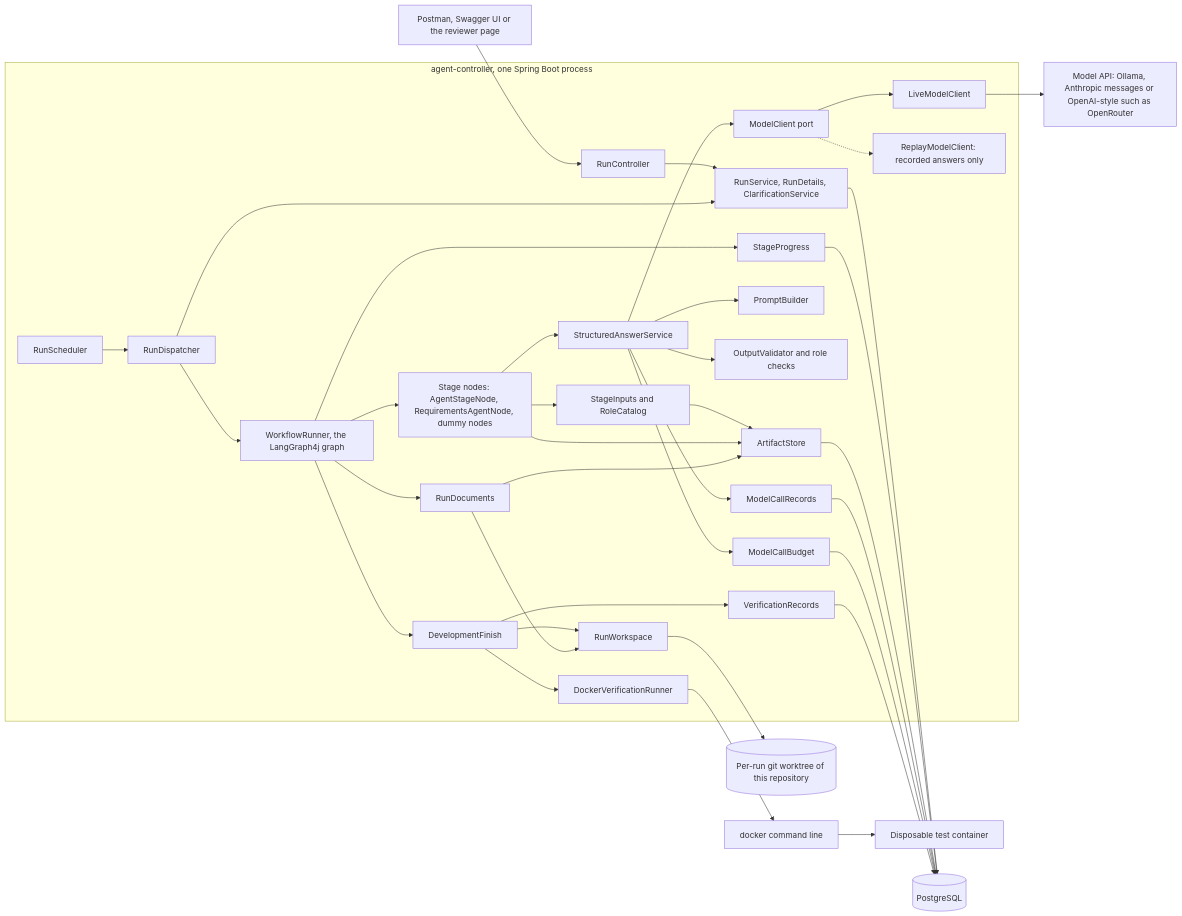
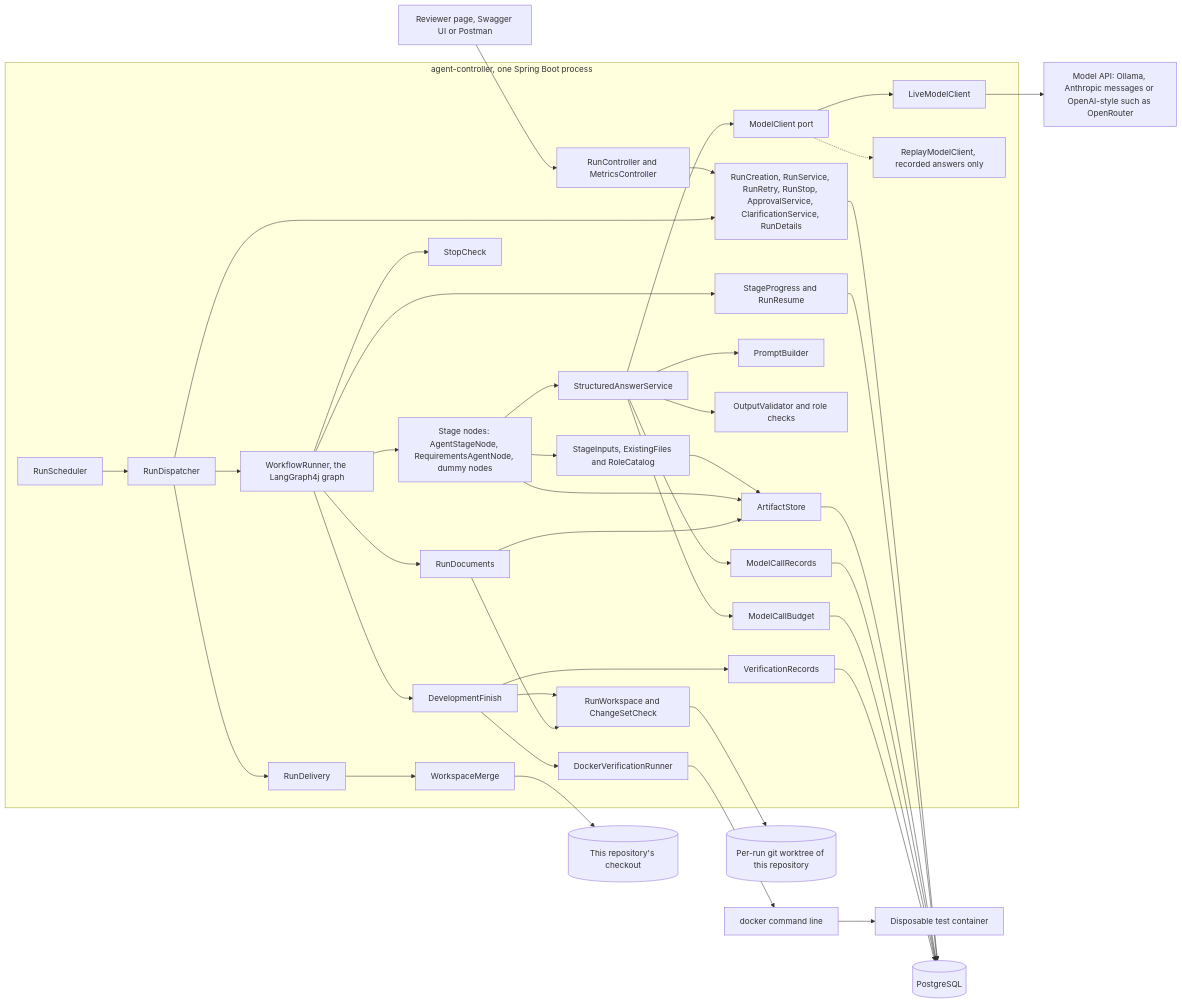
The first of 4 diagrams in docs/platform/architecture.md (bereket1144/ai-sdlc-url-shortner), drawn with Mermaid before and after one commit. The commit also changed other lines of this file and 22 other files, not shown here.

````diff
--- a/docs/platform/architecture.md
+++ b/docs/platform/architecture.md
@@ -11,42 +17,46 @@
 ```mermaid
 flowchart LR
-    Client["Postman, Swagger UI or the reviewer page"] --> API["RunController"]
+    Client["Reviewer page, Swagger UI or Postman"] --> API["RunController and MetricsController"]
 
     subgraph Controller["agent-controller, one Spring Boot process"]
-        API --> RunSvc["RunService, RunDetails, ClarificationService"]
+        API --> RunSvc["RunCreation, RunService, RunRetry, RunStop, ApprovalService, ClarificationService, RunDetails"]
         Poller["RunScheduler"] --> Dispatcher["RunDispatcher"]
         Dispatcher --> RunSvc
         Dispatcher --> WF["WorkflowRunner, the LangGraph4j graph"]
+        Dispatcher --> Delivery["RunDelivery"]
         WF --> Nodes["Stage nodes: AgentStageNode, RequirementsAgentNode, dummy nodes"]
-        WF --> Progress["StageProgress"]
-        Nodes --> Inputs["StageInputs and RoleCatalog"]
+        WF --> Progress["StageProgress and RunResume"]
+        WF --> Stop["StopCheck"]
+        Nodes --> Inputs["StageInputs, ExistingFiles and RoleCatalog"]
         Inputs --> Artifacts["ArtifactStore"]
         Nodes --> Answers["StructuredAnswerService"]
         Nodes --> Artifacts
         Answers --> Prompts["PromptBuilder"]
         Answers --> Validator["OutputValidator and role checks"]
         Answers --> Budget["ModelCallBudget"]
         Answers --> Calls["ModelCallRecords"]
         Answers --> Port["ModelClient port"]
         Port --> Live["LiveModelClient"]
-        Port -.-> Replay["ReplayModelClient: recorded answers only"]
+        Port -.-> Replay["ReplayModelClient, recorded answers only"]
         WF --> Finish["DevelopmentFinish"]
-        Finish --> Workspace["RunWorkspace"]
+        Finish --> Workspace["RunWorkspace and ChangeSetCheck"]
         Finish --> Verifier["DockerVerificationRunner"]
         Finish --> Records["VerificationRecords"]
         WF --> Docs["RunDocuments"]
         Docs --> Artifacts
         Docs --> Workspace
+        Delivery --> Merge["WorkspaceMerge"]
     end
 
     Live --> Models["Model API: Ollama, Anthropic messages or OpenAI-style such as OpenRouter"]
     Workspace --> Repo[("Per-run git worktree of this repository")]
+    Merge --> Checkout[("This repository's checkout")]
     Verifier --> Cli["docker command line"]
     Cli --> Box["Disposable test container"]
     RunSvc --> DB[("PostgreSQL")]
     Progress --> DB
     Artifacts --> DB
     Calls --> DB
     Budget --> DB
     Records --> DB
 ```
````
